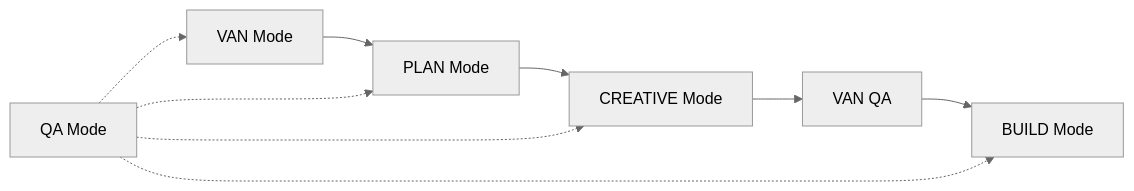
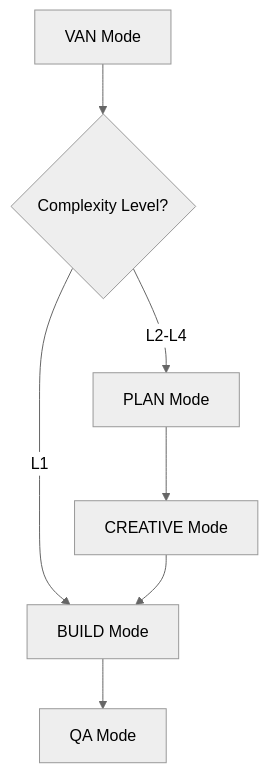
One commit to deepaksisodiya/Todo changed the diagram in COMMANDS.md. Above: the diagram before and after it, drawn with Mermaid (neutral theme). The commit also changed 7 other files, not shown here.

````diff
--- a/COMMANDS.md
+++ b/COMMANDS.md
@@ -77,9 +77,9 @@
 ```mermaid
-graph LR
-    VAN[VAN Mode] --> PLAN[PLAN Mode]
+graph TD
+    VAN[VAN Mode] --> Complexity{Complexity Level?}
+    Complexity -->|L1| BUILD[BUILD Mode]
+    Complexity -->|L2-L4| PLAN[PLAN Mode]
     PLAN --> CREATIVE[CREATIVE Mode]
-    CREATIVE --> VANQA[VAN QA]
-    VANQA --> BUILD[BUILD Mode]
-    
-    QA[QA Mode] -.-> VAN & PLAN & CREATIVE & BUILD
+    CREATIVE --> BUILD
+    BUILD --> QA[QA Mode]
 ```
````
